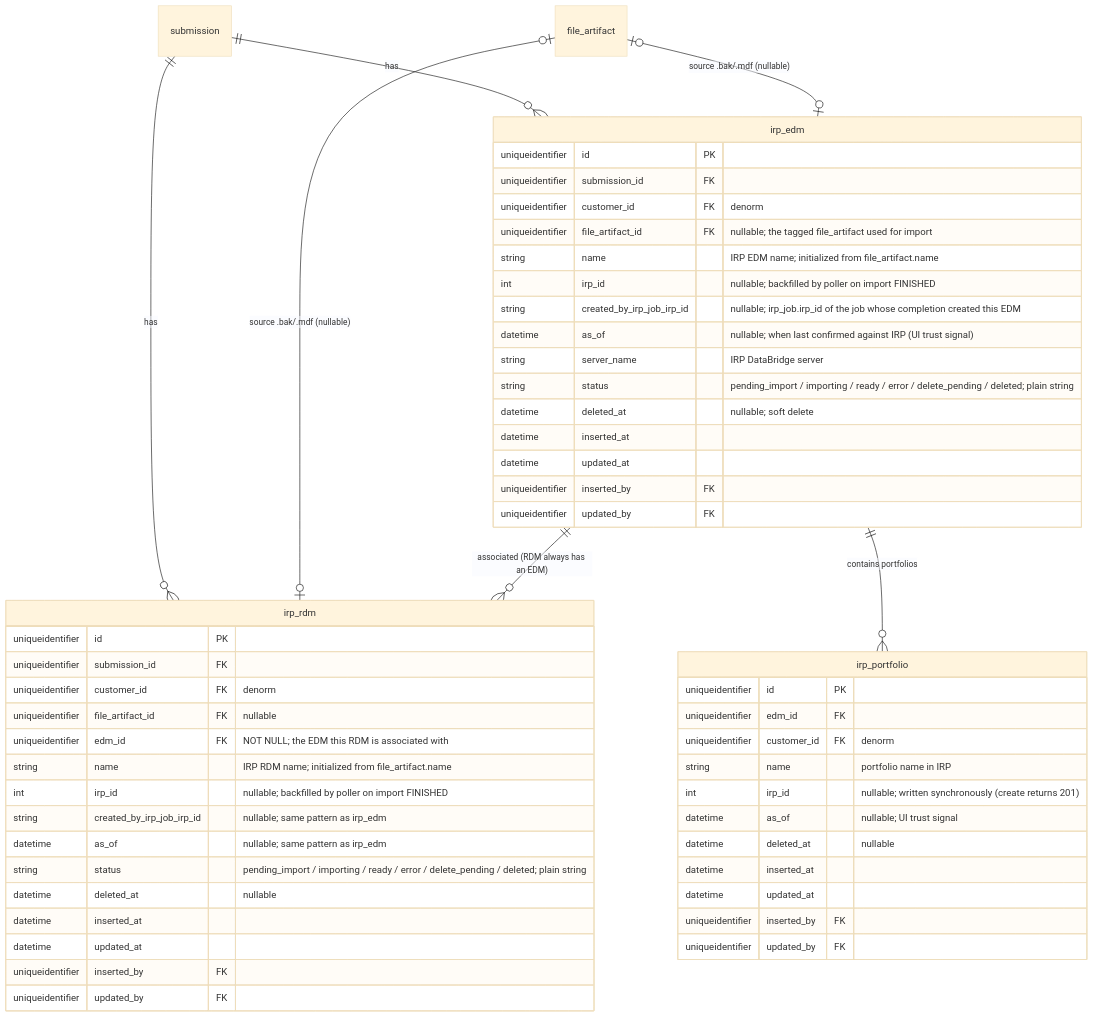
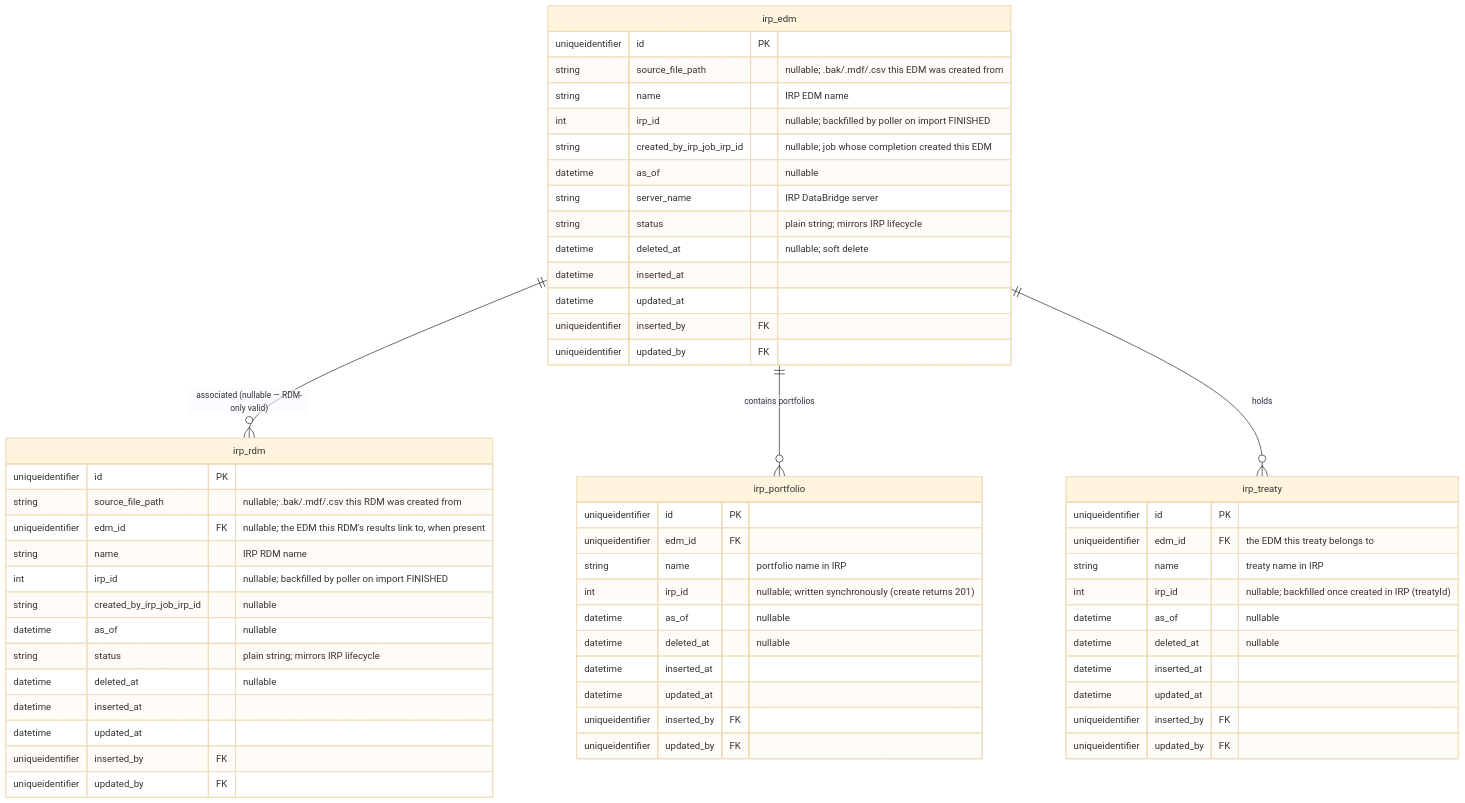
One commit to anilvenugopal/risk-workbench changed the third of 9 diagrams in docs/DATA_MODEL.md. Above: the diagram before and after it, drawn with Mermaid (base theme). The commit also changed other lines of this file and 3 other files, not shown here.

````diff
--- a/docs/DATA_MODEL.md
+++ b/docs/DATA_MODEL.md
@@ -304,57 +188,61 @@
 ```mermaid
 erDiagram
-  submission ||--o{ irp_edm : has
-  submission ||--o{ irp_rdm : has
-  file_artifact |o--o| irp_edm : "source .bak/.mdf (nullable)"
-  file_artifact |o--o| irp_rdm : "source .bak/.mdf (nullable)"
-  irp_edm ||--o{ irp_rdm : "associated (RDM always has an EDM)"
+  irp_edm ||--o{ irp_rdm : "associated (nullable — RDM-only valid)"
   irp_edm ||--o{ irp_portfolio : "contains portfolios"
+  irp_edm ||--o{ irp_treaty : holds
 
   irp_edm {
     uniqueidentifier id PK
-    uniqueidentifier submission_id FK
-    uniqueidentifier customer_id FK "denorm"
-    uniqueidentifier file_artifact_id FK "nullable; the tagged file_artifact used for import"
-    string name "IRP EDM name; initialized from file_artifact.name"
+    string source_file_path "nullable; .bak/.mdf/.csv this EDM was created from"
+    string name "IRP EDM name"
     int irp_id "nullable; backfilled by poller on import FINISHED"
-    string created_by_irp_job_irp_id "nullable; irp_job.irp_id of the job whose completion created this EDM"
-    datetime as_of "nullable; when last confirmed against IRP (UI trust signal)"
+    string created_by_irp_job_irp_id "nullable; job whose completion created this EDM"
+    datetime as_of "nullable"
     string server_name "IRP DataBridge server"
-    string status "pending_import / importing / ready / error / delete_pending / deleted; plain string"
+    string status "plain string; mirrors IRP lifecycle"
     datetime deleted_at "nullable; soft delete"
     datetime inserted_at
     datetime updated_at
     uniqueidentifier inserted_by FK
     uniqueidentifier updated_by FK
   }
   irp_rdm {
     uniqueidentifier id PK
-    uniqueidentifier submission_id FK
-    uniqueidentifier customer_id FK "denorm"
-    uniqueidentifier file_artifact_id FK "nullable"
-    uniqueidentifier edm_id FK "NOT NULL; the EDM this RDM is associated with"
-    string name "IRP RDM name; initialized from file_artifact.name"
+    string source_file_path "nullable; .bak/.mdf/.csv this RDM was created from"
+    uniqueidentifier edm_id FK "nullable; the EDM this RDM's results link to, when present"
+    string name "IRP RDM name"
     int irp_id "nullable; backfilled by poller on import FINISHED"
-    string created_by_irp_job_irp_id "nullable; same pattern as irp_edm"
-    datetime as_of "nullable; same pattern as irp_edm"
-    string status "pending_import / importing / ready / error / delete_pending / deleted; plain string"
+    string created_by_irp_job_irp_id "nullable"
+    datetime as_of "nullable"
+    string status "plain string; mirrors IRP lifecycle"
     datetime deleted_at "nullable"
     datetime inserted_at
     datetime updated_at
     uniqueidentifier inserted_by FK
     uniqueidentifier updated_by FK
   }
   irp_portfolio {
     uniqueidentifier id PK
     uniqueidentifier edm_id FK
-    uniqueidentifier customer_id FK "denorm"
     string name "portfolio name in IRP"
     int irp_id "nullable; written synchronously (create returns 201)"
-    datetime as_of "nullable; UI trust signal"
+    datetime as_of "nullable"
+    datetime deleted_at "nullable"
+    datetime inserted_at
+    datetime updated_at
+    uniqueidentifier inserted_by FK
+    uniqueidentifier updated_by FK
+  }
+  irp_treaty {
+    uniqueidentifier id PK
+    uniqueidentifier edm_id FK "the EDM this treaty belongs to"
+    string name "treaty name in IRP"
+    int irp_id "nullable; backfilled once created in IRP (treatyId)"
+    datetime as_of "nullable"
     datetime deleted_at "nullable"
     datetime inserted_at
     datetime updated_at
     uniqueidentifier inserted_by FK
     uniqueidentifier updated_by FK
   }
 ```
````
